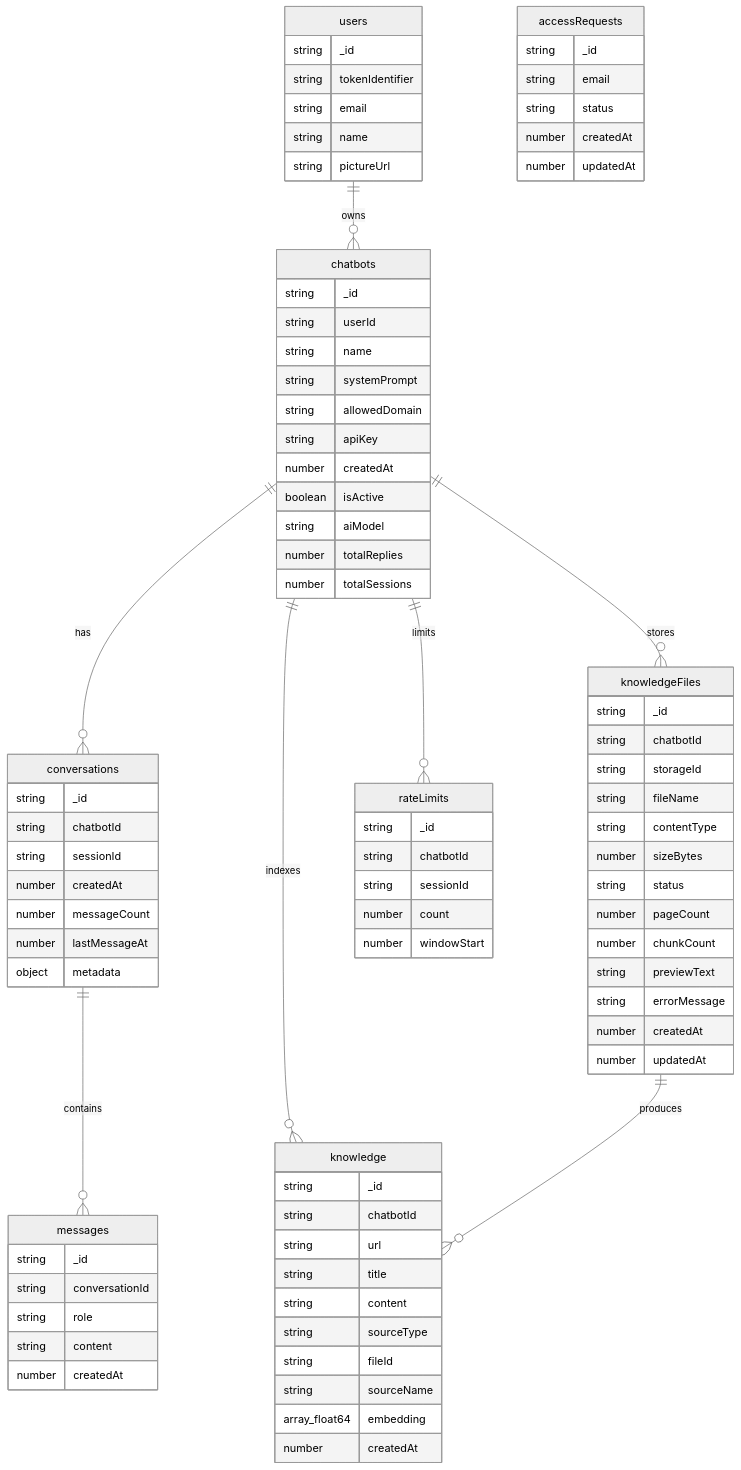
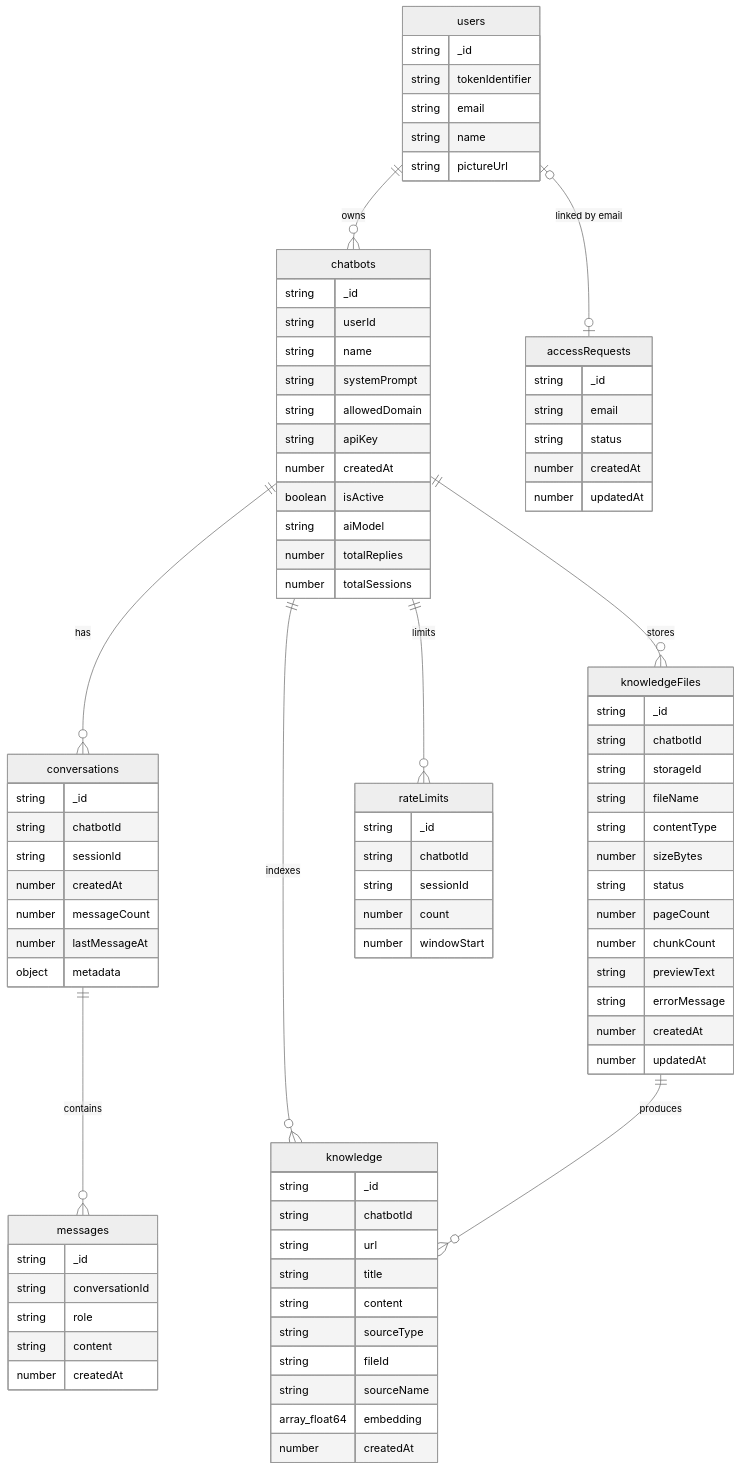
Before and after one commit to tsdlanm/widget-chatbot: the diagram in docs/02-architecture/convex-erd.md, drawn with Mermaid (neutral theme). The commit also changed other lines of this file and 5 other files, not shown here.

````diff
--- a/docs/02-architecture/convex-erd.md
+++ b/docs/02-architecture/convex-erd.md
@@ -7,6 +7,7 @@
 ```mermaid
 erDiagram
     users ||--o{ chatbots : owns
+    users |o--o| accessRequests : "linked by email"
     chatbots ||--o{ conversations : has
     conversations ||--o{ messages : contains
     chatbots ||--o{ knowledge : indexes
````
